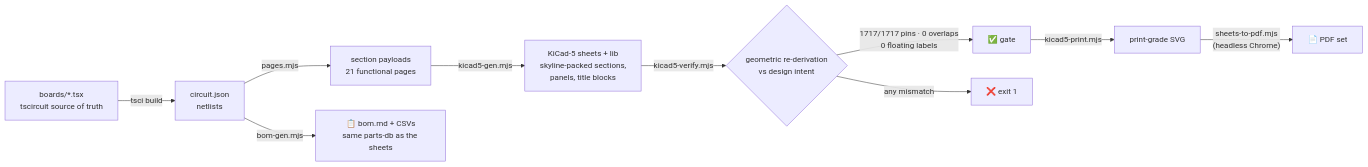
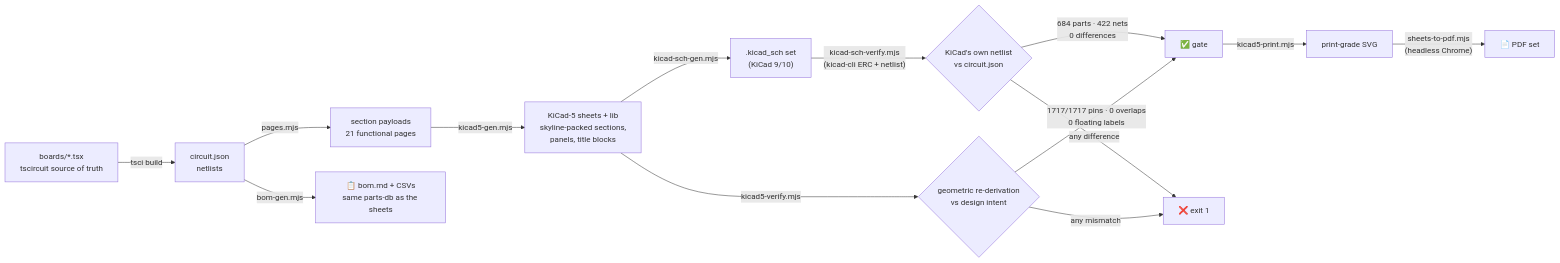
The eighth of 9 diagrams in README.md (vectivolt/Traction-Inverter-GEN-1), drawn with Mermaid before and after one commit. The commit also changed other lines of this file and 183 other files, not shown here.

````diff
--- a/README.md
+++ b/README.md
@@ -454,12 +454,16 @@
 ```mermaid
 flowchart LR
   TSX["boards/*.tsx<br/>tscircuit source of truth"] -->|tsci build| CJ["circuit.json<br/>netlists"]
   CJ -->|pages.mjs| PG["section payloads<br/>21 functional pages"]
   PG -->|kicad5-gen.mjs| SCH["KiCad-5 sheets + lib<br/>skyline-packed sections,<br/>panels, title blocks"]
   SCH -->|kicad5-verify.mjs| V{"geometric re-derivation<br/>vs design intent"}
+  SCH -->|kicad-sch-gen.mjs| KS[".kicad_sch set<br/>(KiCad 9/10)"]
+  KS -->|"kicad-sch-verify.mjs<br/>(kicad-cli ERC + netlist)"| KV{"KiCad's own netlist<br/>vs circuit.json"}
+  KV -->|"684 parts · 422 nets<br/>0 differences"| OK
+  KV -->|any difference| FAIL
   V -->|"1717/1717 pins · 0 overlaps<br/>0 floating labels"| OK["✅ gate"]
   V -->|any mismatch| FAIL["❌ exit 1"]
   OK -->|kicad5-print.mjs| SVG["print-grade SVG"]
   SVG -->|"sheets-to-pdf.mjs<br/>(headless Chrome)"| PDF["📄 PDF set"]
   CJ -->|bom-gen.mjs| BOM["📋 bom.md + CSVs<br/>same parts-db as the sheets"]
 ```
````
